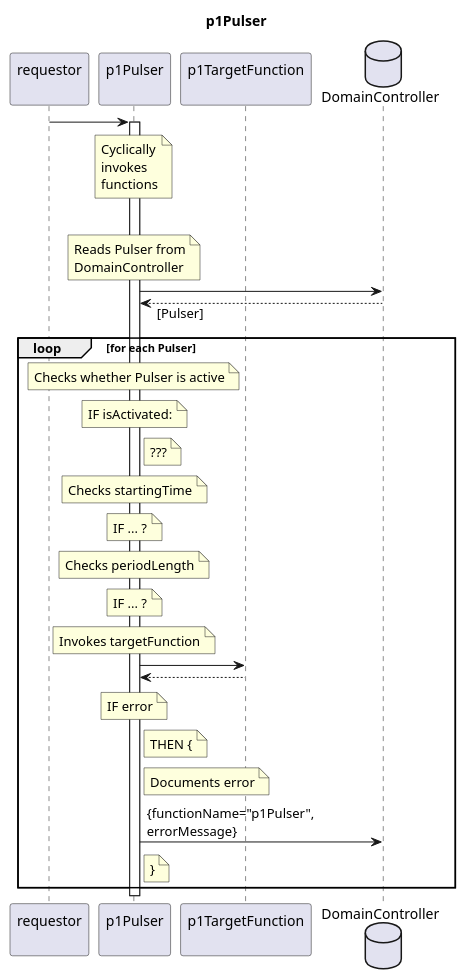
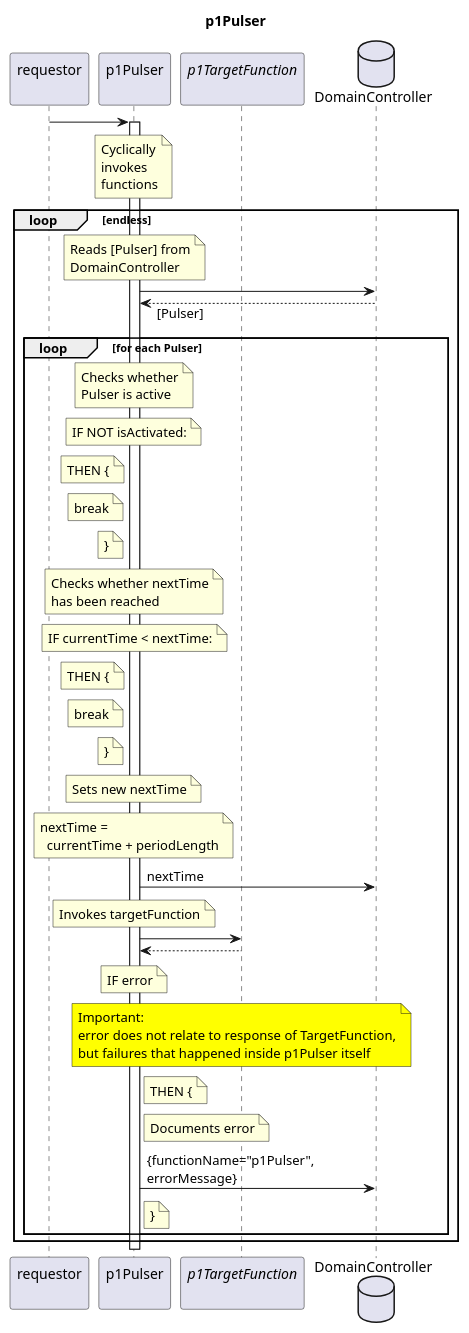
One commit to openBackhaul/FirmWareManager changed the diagram in spec/Functions/Administrative/p1Pulser/1.0.0/p1Pulser.plantuml. Above: the diagram before and after it, drawn with PlantUML. The commit also changed 15 other files, not shown here.

```diff
--- a/spec/Functions/Administrative/p1Pulser/1.0.0/p1Pulser.plantuml
+++ b/spec/Functions/Administrative/p1Pulser/1.0.0/p1Pulser.plantuml
@@ -1,75 +1,101 @@
 @startuml p1Pulser
 skinparam responseMessageBelowArrow true
 
 title
   p1Pulser
 end title
 
 participant "requestor\n" as requestor
 participant "p1Pulser\n" as p1Puls
-participant "p1TargetFunction\n" as p1Target
+participant "<i>p1TargetFunction</i>\n" as p1Target
 database "DomainController" as DC
 
 requestor -> p1Puls
 activate p1Puls
   note over p1Puls
     Cyclically
     invokes
     functions
   end note
 
 loop endless
   note over p1Puls
-    Reads Pulser from
+    Reads [Pulser] from
     DomainController
   end note
   p1Puls -> DC
   p1Puls <-- DC: [Pulser]
   loop for each Pulser
 
     note over p1Puls
-      Checks whether Pulser is active
+      Checks whether
+      Pulser is active
     end note
     note over p1Puls
-      IF isActivated:
+      IF NOT isActivated:
     end note
-    note right p1Puls
-      ???
+    note left p1Puls
+      THEN {
+    end note
+    note left p1Puls
+      break
+    end note
+    note left p1Puls
+      }
     end note
 
     note over p1Puls
-      Checks startingTime
+      Checks whether nextTime
+      has been reached
     end note
     note over p1Puls
-      IF ... ?
+      IF currentTime < nextTime:
+    end note
+    note left p1Puls
+      THEN {
+    end note
+    note left p1Puls
+      break
+    end note
+    note left p1Puls
+      }
     end note
 
-
     note over p1Puls
-      Checks periodLength
+      Sets new nextTime
     end note
     note over p1Puls
-      IF ... ?
+      nextTime =
+        currentTime + periodLength
     end note
+  p1Puls -> DC : nextTime
 
     note over p1Puls
       Invokes targetFunction
     end note
     p1Puls -> p1Target
     p1Puls <-- p1Target
+
     note over p1Puls
       IF error
+    end note
+    note over p1Target #Yellow
+      Important:
+      error does not relate to response of TargetFunction,
+      but failures that happened inside p1Pulser itself
     end note
     note right p1Puls
       THEN {
     end note
     note right p1Puls
       Documents error
     end note
     p1Puls -> DC : {functionName="p1Pulser",\nerrorMessage}
     note right p1Puls
       }
     end note
   end loop
 
+end loop
+
 @enduml
```
